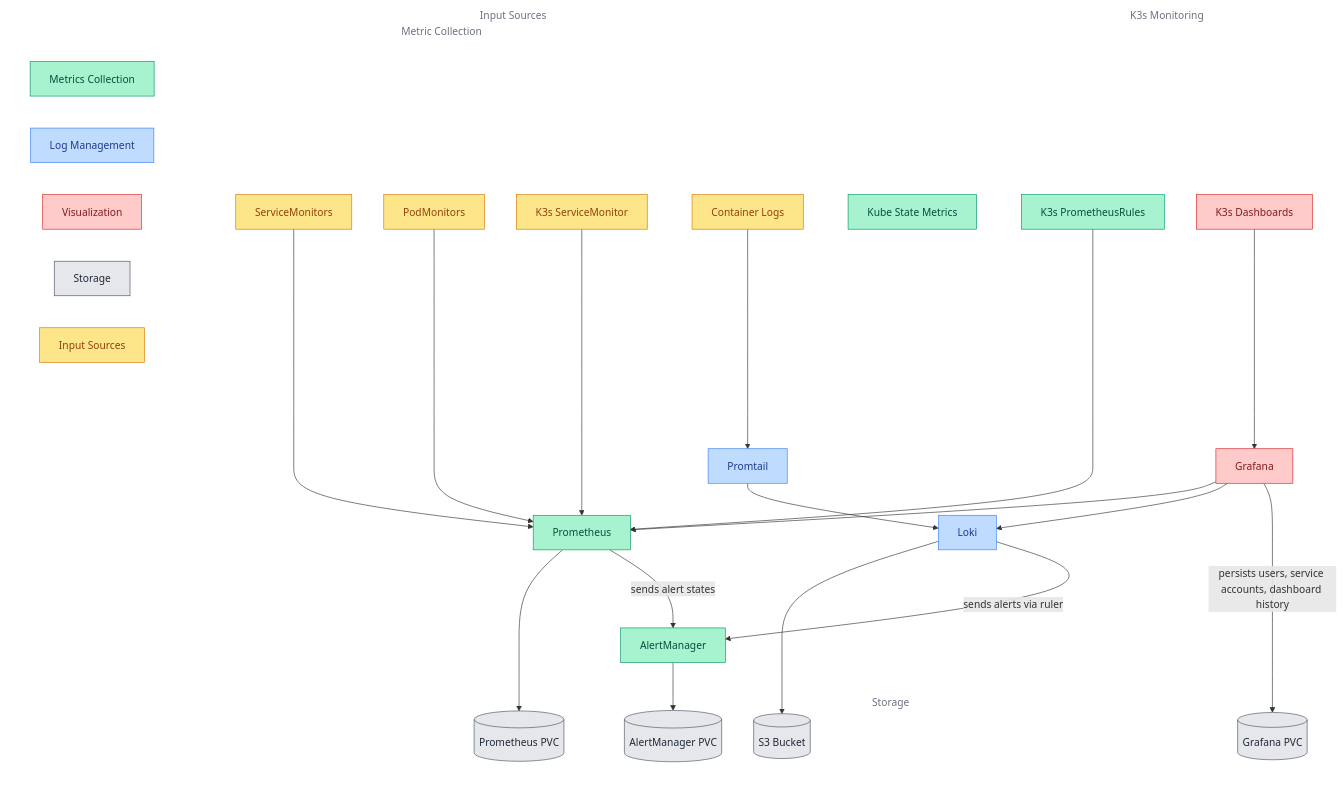
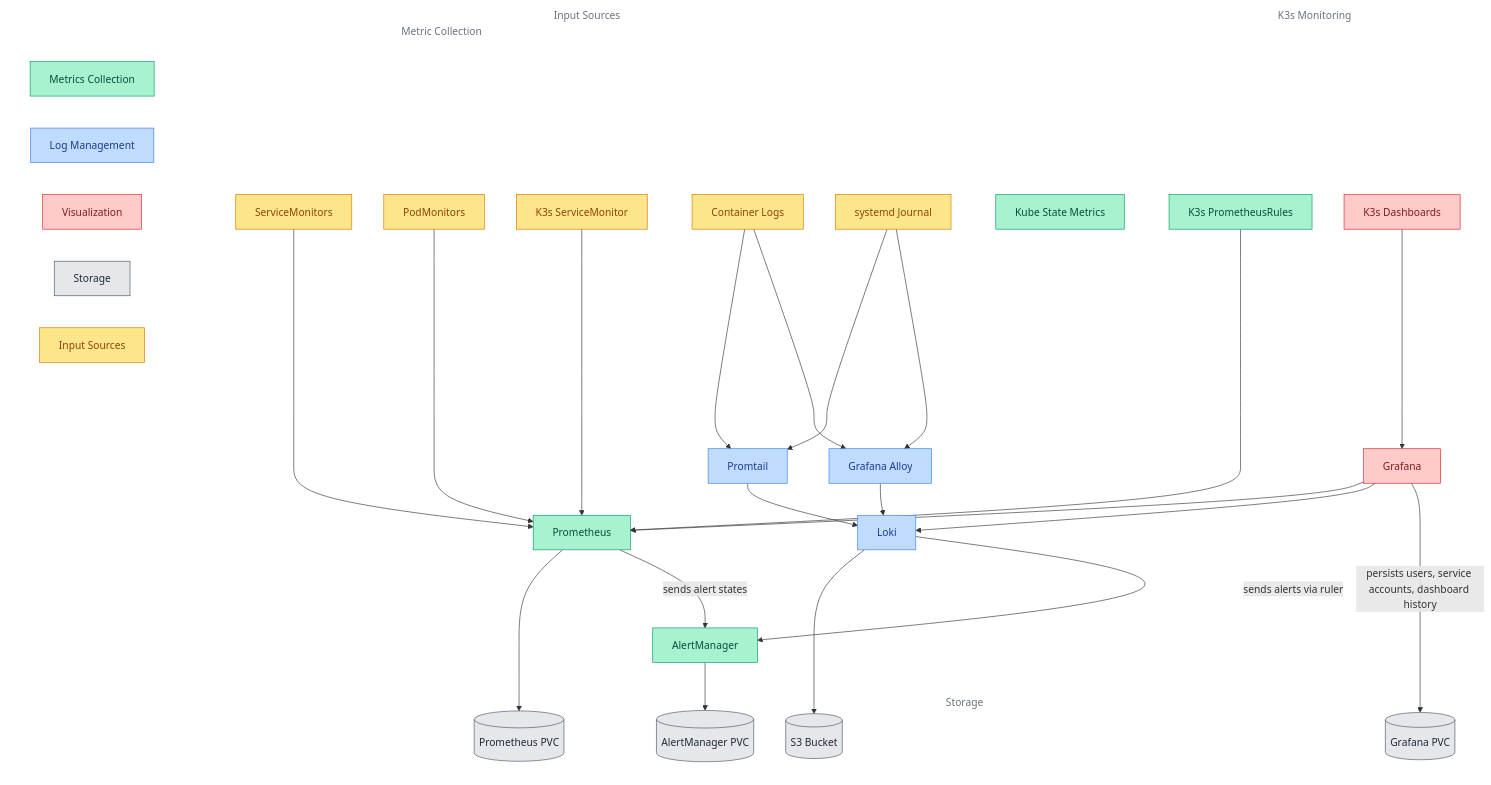
One commit to ppat/homelab-ops-kubernetes-apps changed the diagram in infrastructure/subsystems/observability-core/README.md. Above: the diagram before and after it, drawn with Mermaid. The commit also changed other lines of this file and 2 other files, not shown here.

First line of the commit message:
feat(infra-observability-core): assert alloy's silent failure modes in CI and docs

```diff
--- a/infrastructure/subsystems/observability-core/README.md
+++ b/infrastructure/subsystems/observability-core/README.md
@@ -60,6 +62,7 @@
     %% Input Sources
     subgraph inputs[Input Sources]
         container_logs[Container Logs]:::input
+        journal_logs[systemd Journal]:::input
         subgraph metric_collection[Metric Collection]
             servicemonitors[ServiceMonitors]:::input
             podmonitors[PodMonitors]:::input
@@ -81,6 +84,7 @@
     %% Logging Components
     loki[Loki]:::logs
     promtail[Promtail]:::logs
+    alloy[Grafana Alloy]:::logs
 
     %% Visualization
     grafana[Grafana]:::viz
@@ -94,8 +98,10 @@
     end
 
     %% Data Flow Relationships
-    container_logs --> promtail
+    container_logs & journal_logs --> promtail
+    container_logs & journal_logs --> alloy
     promtail --> loki
+    alloy --> loki
     loki --> s3_bucket
     loki -- "sends alerts via ruler" --> alertmanager
 
```
